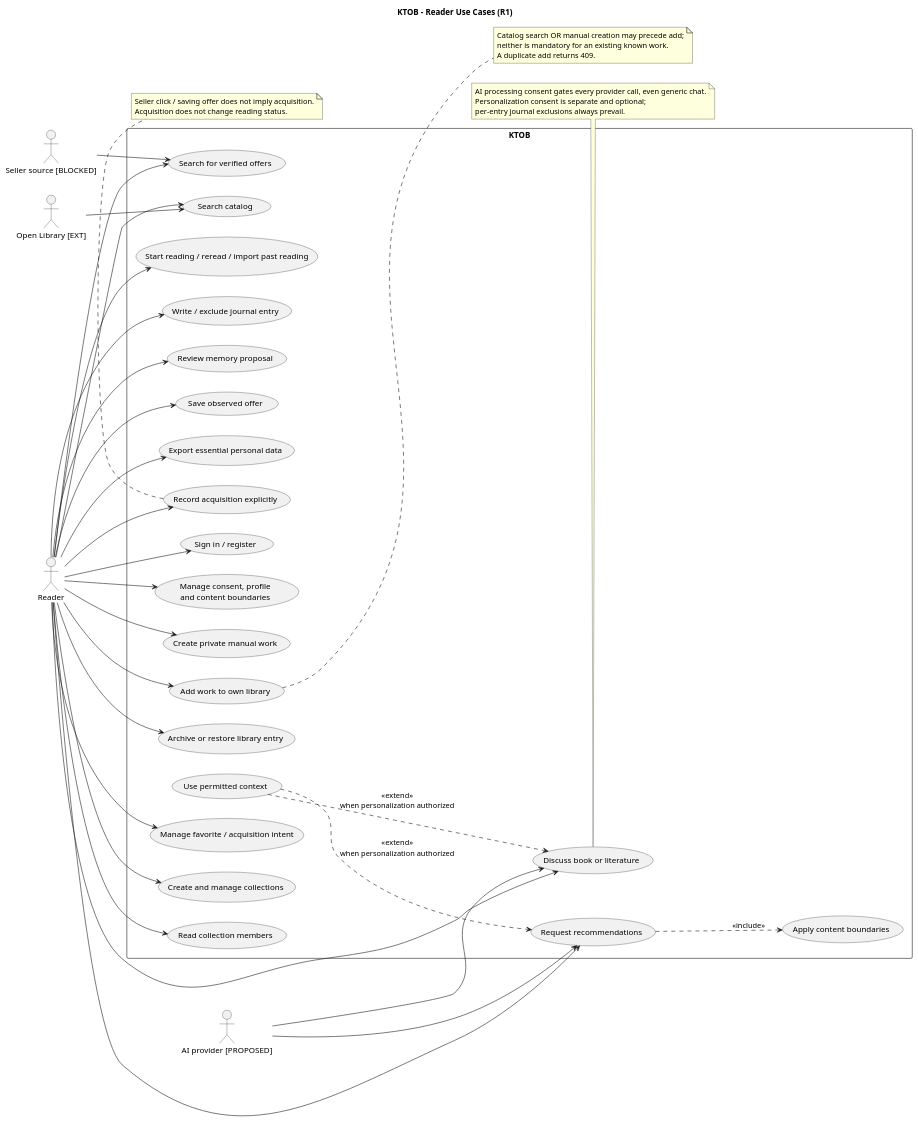
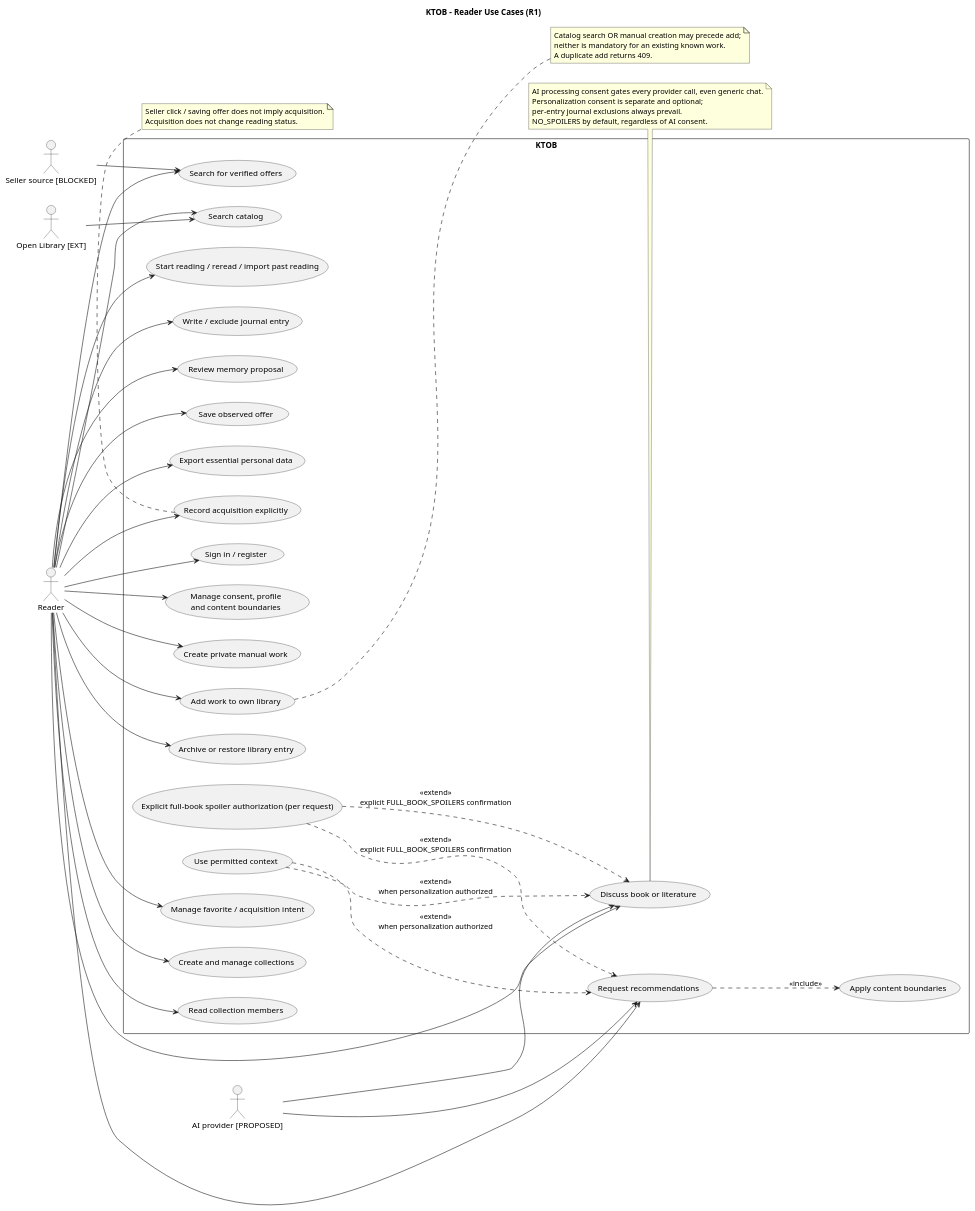
The diagram in docs/uml/01-use-cases.puml (Adam-BArbia/ktob-literary-companion), drawn with PlantUML before and after one commit. The commit also changed 18 other files, not shown here.

Commit message:
docs(architecture): apply approved R1 ratings progress profile and spoiler defaults

```diff
--- a/docs/uml/01-use-cases.puml
+++ b/docs/uml/01-use-cases.puml
@@ -1,70 +1,74 @@
 @startuml KTOB_01_use_cases
 title KTOB - Reader Use Cases (R1)
 left to right direction
 skinparam packageStyle rectangle
 actor Reader
 actor "Open Library [EXT]" as Catalog
 actor "AI provider [PROPOSED]" as AI
 actor "Seller source [BLOCKED]" as Seller
 rectangle "KTOB" {
  usecase "Sign in / register" as UAuth
  usecase "Manage consent, profile\nand content boundaries" as UPrivacy
  usecase "Search catalog" as USearch
  usecase "Create private manual work" as UManual
  usecase "Add work to own library" as UAdd
  usecase "Archive or restore library entry" as UArchive
  usecase "Manage favorite / acquisition intent" as UFavorite
  usecase "Create and manage collections" as UCollect
  usecase "Read collection members" as UMembers
  usecase "Start reading / reread / import past reading" as URead
  usecase "Write / exclude journal entry" as UJournal
  usecase "Discuss book or literature" as UChat
  usecase "Review memory proposal" as UMemory
+ usecase "Explicit full-book spoiler authorization (per request)" as USpoiler
  usecase "Request recommendations" as URecommend
  usecase "Use permitted context" as UContext
  usecase "Apply content boundaries" as UBoundary
  usecase "Search for verified offers" as UFind
  usecase "Save observed offer" as USave
  usecase "Record acquisition explicitly" as UAcquire
  usecase "Export essential personal data" as UExport
 }
 Reader --> UAuth
 Reader --> UPrivacy
 Reader --> USearch
 Reader --> UManual
 Reader --> UAdd
 Reader --> UArchive
 Reader --> UFavorite
 Reader --> UCollect
 Reader --> UMembers
 Reader --> URead
 Reader --> UJournal
 Reader --> UChat
 Reader --> UMemory
 Reader --> URecommend
 Reader --> UFind
 Reader --> USave
 Reader --> UAcquire
 Reader --> UExport
 UContext ..> URecommend : <<extend>>\nwhen personalization authorized
 UContext ..> UChat : <<extend>>\nwhen personalization authorized
+USpoiler ..> UChat : <<extend>>\nexplicit FULL_BOOK_SPOILERS confirmation
+USpoiler ..> URecommend : <<extend>>\nexplicit FULL_BOOK_SPOILERS confirmation
 URecommend ..> UBoundary : <<include>>
 Catalog --> USearch
 AI --> UChat
 AI --> URecommend
 Seller --> UFind
 note right of UAdd
 Catalog search OR manual creation may precede add;
 neither is mandatory for an existing known work.
 A duplicate add returns 409.
 end note
 note bottom of UChat
 AI processing consent gates every provider call, even generic chat.
 Personalization consent is separate and optional;
 per-entry journal exclusions always prevail.
+NO_SPOILERS by default, regardless of AI consent.
 end note
 note bottom of UAcquire
 Seller click / saving offer does not imply acquisition.
 Acquisition does not change reading status.
 end note
 @enduml
```
